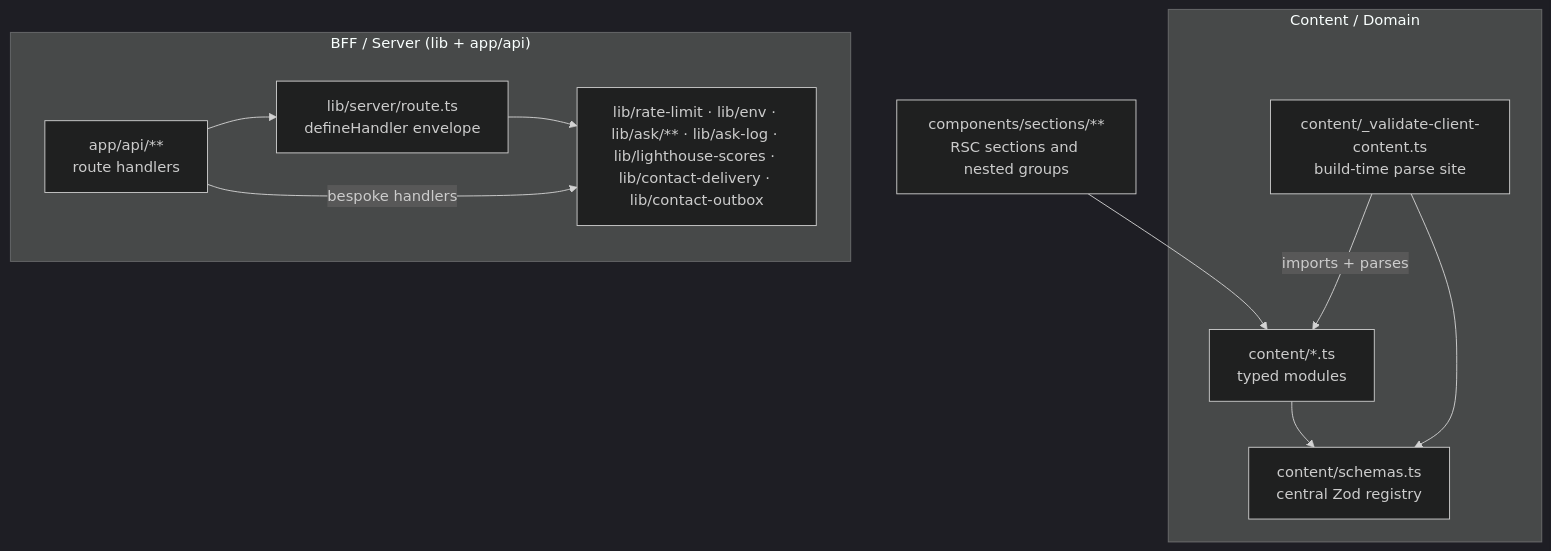
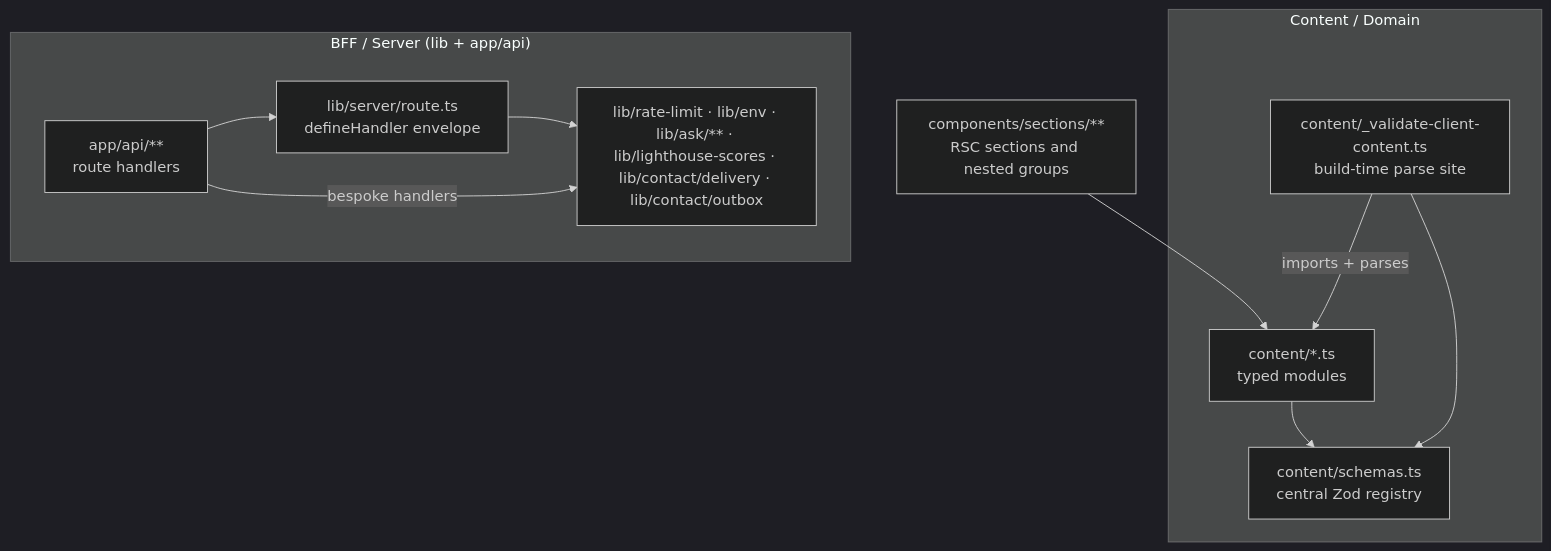
One commit to erikunha/portfolio changed the second of 7 diagrams in docs/01-architecture.md. Above: the diagram before and after it, drawn with Mermaid (dark theme). The commit also changed other lines of this file and 15 other files, not shown here.

````diff
--- a/docs/01-architecture.md
+++ b/docs/01-architecture.md
@@ -37,19 +37,19 @@
 ```mermaid
 flowchart TB
     subgraph content["Content / Domain"]
         cmods["content/*.ts<br/>typed modules"]
         schemas["content/schemas.ts<br/>central Zod registry"]
         gate["content/_validate-client-content.ts<br/>build-time parse site"]
     end
     subgraph bff["BFF / Server (lib + app/api)"]
         api["app/api/**<br/>route handlers"]
         handler["lib/server/route.ts<br/>defineHandler envelope"]
-        libcore["lib/rate-limit · lib/env · lib/ask/** · lib/ask-log · lib/lighthouse-scores · lib/contact-delivery · lib/contact-outbox"]
+        libcore["lib/rate-limit · lib/env · lib/ask/** · lib/lighthouse-scores · lib/contact/delivery · lib/contact/outbox"]
     end
     sections["components/sections/**<br/>RSC sections and nested groups"] --> cmods
     cmods --> schemas
     gate -->|imports + parses| cmods
     gate --> schemas
     api --> handler --> libcore
     api -->|bespoke handlers| libcore
 ```
````
